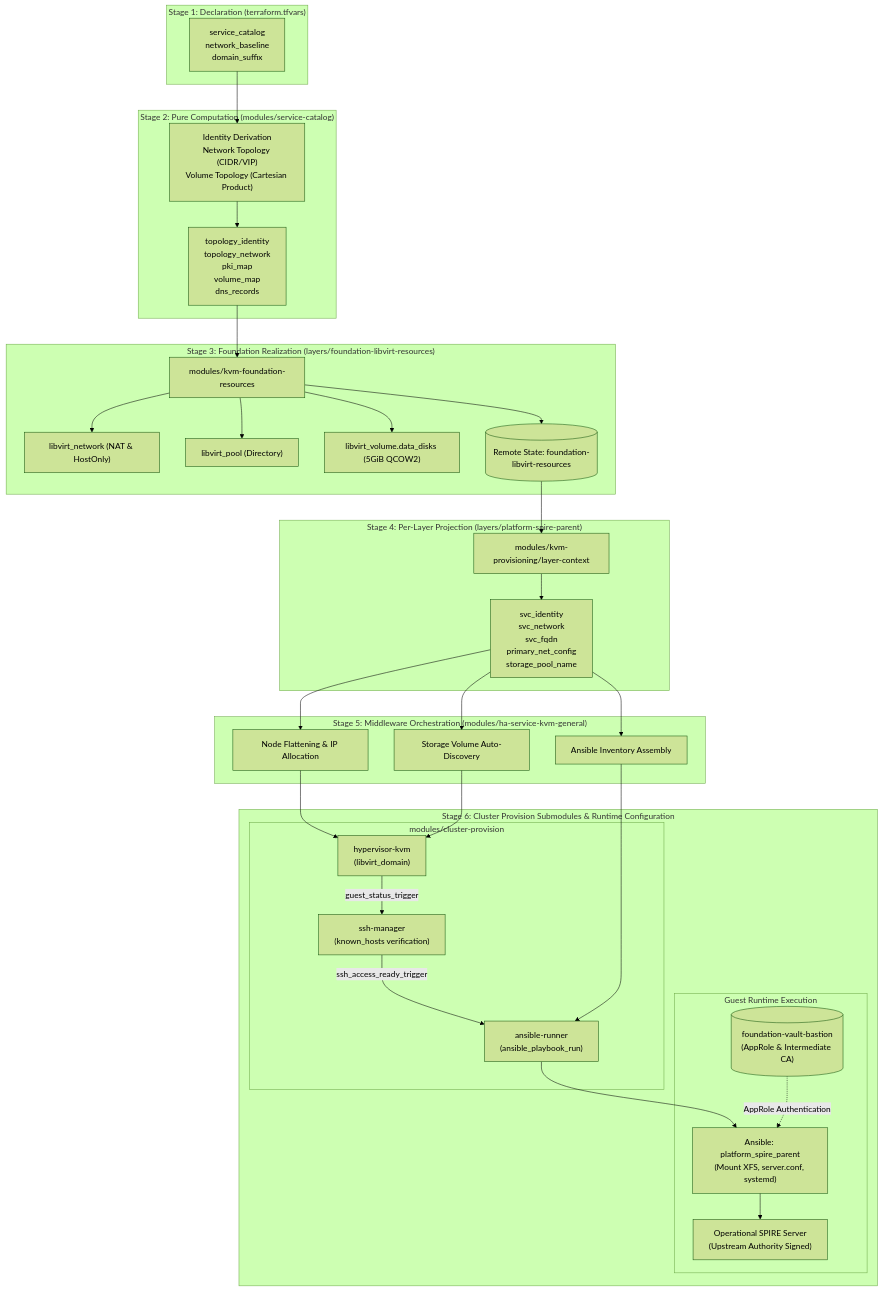
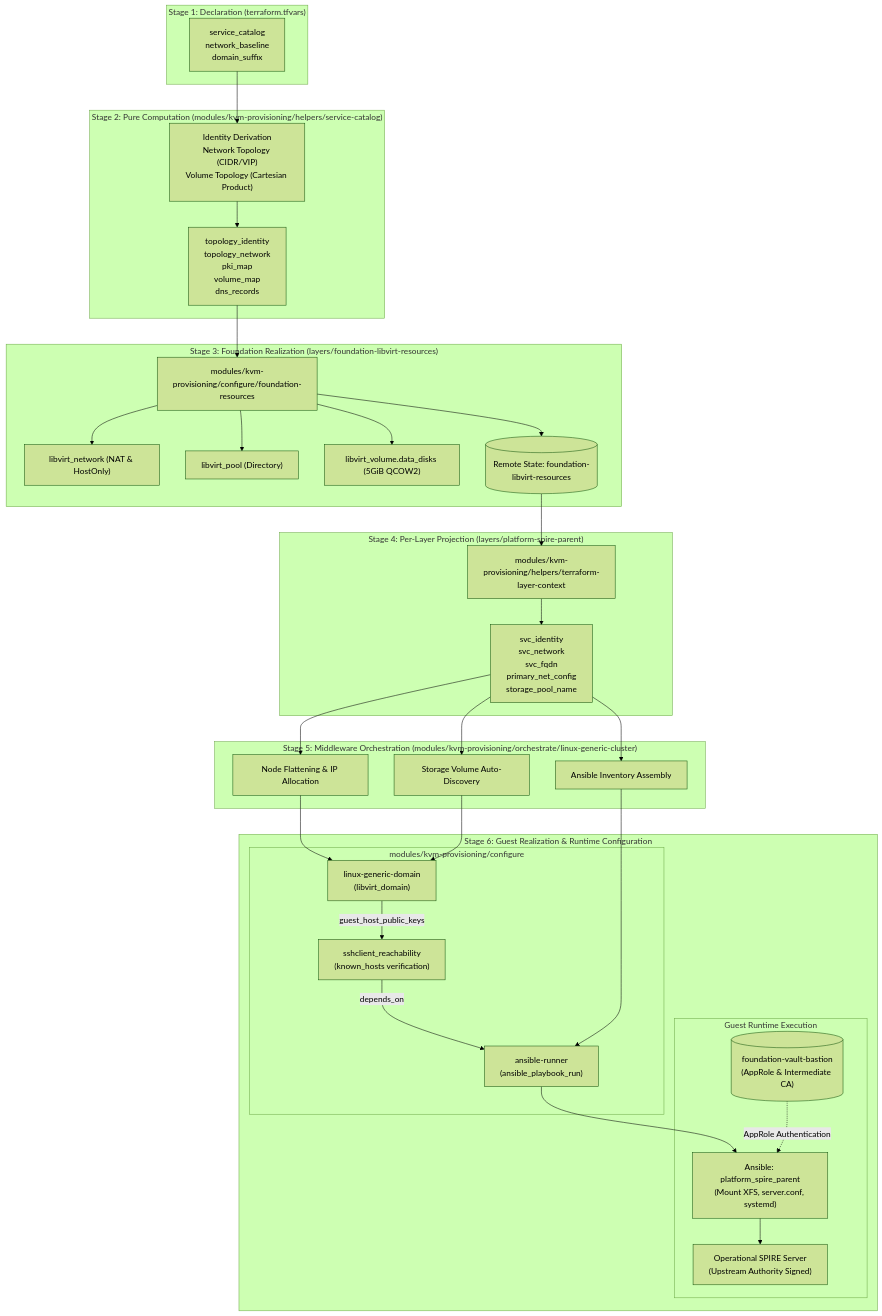
The first of 3 diagrams in documentation/architecture/kvm-provisioning-pipeline.md (csning1998/meta-platform), drawn with Mermaid (forest theme) before and after one commit. The commit also changed other lines of this file and 318 other files, not shown here.

````diff
--- a/documentation/architecture/kvm-provisioning-pipeline.md
+++ b/documentation/architecture/kvm-provisioning-pipeline.md
@@ -18,61 +18,61 @@
 ```mermaid
 flowchart TD
     subgraph S1 ["Stage 1: Declaration (terraform.tfvars)"]
         SC_VARS["service_catalog\nnetwork_baseline\ndomain_suffix"]
     end
 
-    subgraph S2 ["Stage 2: Pure Computation (modules/service-catalog)"]
+    subgraph S2 ["Stage 2: Pure Computation (modules/kvm-provisioning/helpers/service-catalog)"]
         SC_LOC["Identity Derivation\nNetwork Topology (CIDR/VIP)\nVolume Topology (Cartesian Product)"]
         SC_OUT["topology_identity\ntopology_network\npki_map\nvolume_map\ndns_records"]
     end
 
     subgraph S3 ["Stage 3: Foundation Realization (layers/foundation-libvirt-resources)"]
-        KVM_FOUND["modules/kvm-foundation-resources"]
+        KVM_FOUND["modules/kvm-provisioning/configure/foundation-resources"]
         RES_NET["libvirt_network (NAT & HostOnly)"]
         RES_POOL["libvirt_pool (Directory)"]
         RES_VOL["libvirt_volume.data_disks (5GiB QCOW2)"]
         FOUND_STATE[("Remote State: foundation-libvirt-resources")]
     end
 
     subgraph S4 ["Stage 4: Per-Layer Projection (layers/platform-spire-parent)"]
-        LC_MOD["modules/kvm-provisioning/layer-context"]
+        LC_MOD["modules/kvm-provisioning/helpers/terraform-layer-context"]
         LC_OUT["svc_identity\nsvc_network\nsvc_fqdn\nprimary_net_config\nstorage_pool_name"]
     end
 
-    subgraph S5 ["Stage 5: Middleware Orchestration (modules/ha-service-kvm-general)"]
+    subgraph S5 ["Stage 5: Middleware Orchestration (modules/kvm-provisioning/orchestrate/linux-generic-cluster)"]
         FLAT["Node Flattening & IP Allocation"]
         VOL_DISC["Storage Volume Auto-Discovery"]
         INV_GEN["Ansible Inventory Assembly"]
     end
 
-    subgraph S6 ["Stage 6: Cluster Provision Submodules & Runtime Configuration"]
-        subgraph CP ["modules/cluster-provision"]
-            HKVM["hypervisor-kvm\n(libvirt_domain)"]
-            SSHM["ssh-manager\n(known_hosts verification)"]
+    subgraph S6 ["Stage 6: Guest Realization & Runtime Configuration"]
+        subgraph CP ["modules/kvm-provisioning/configure"]
+            HKVM["linux-generic-domain\n(libvirt_domain)"]
+            SSHM["sshclient_reachability\n(known_hosts verification)"]
             ARUN["ansible-runner\n(ansible_playbook_run)"]
         end
         subgraph RUNTIME ["Guest Runtime Execution"]
             VAULT_PKI[("foundation-vault-bastion\n(AppRole & Intermediate CA)")]
             ANS_ROLE["Ansible: platform_spire_parent\n(Mount XFS, server.conf, systemd)"]
             SPIRE_RUN["Operational SPIRE Server\n(Upstream Authority Signed)"]
         end
     end
 
     SC_VARS --> SC_LOC --> SC_OUT
     SC_OUT --> KVM_FOUND
     KVM_FOUND --> RES_NET & RES_POOL & RES_VOL
     KVM_FOUND --> FOUND_STATE
 
     FOUND_STATE --> LC_MOD
     LC_MOD --> LC_OUT
     LC_OUT --> FLAT & VOL_DISC & INV_GEN
 
     FLAT & VOL_DISC --> HKVM
-    HKVM -->|guest_status_trigger| SSHM
-    SSHM -->|ssh_access_ready_trigger| ARUN
+    HKVM -->|guest_host_public_keys| SSHM
+    SSHM -->|depends_on| ARUN
     INV_GEN --> ARUN
 
     ARUN --> ANS_ROLE
     VAULT_PKI -.->|AppRole Authentication| ANS_ROLE
     ANS_ROLE --> SPIRE_RUN
 ```
````
